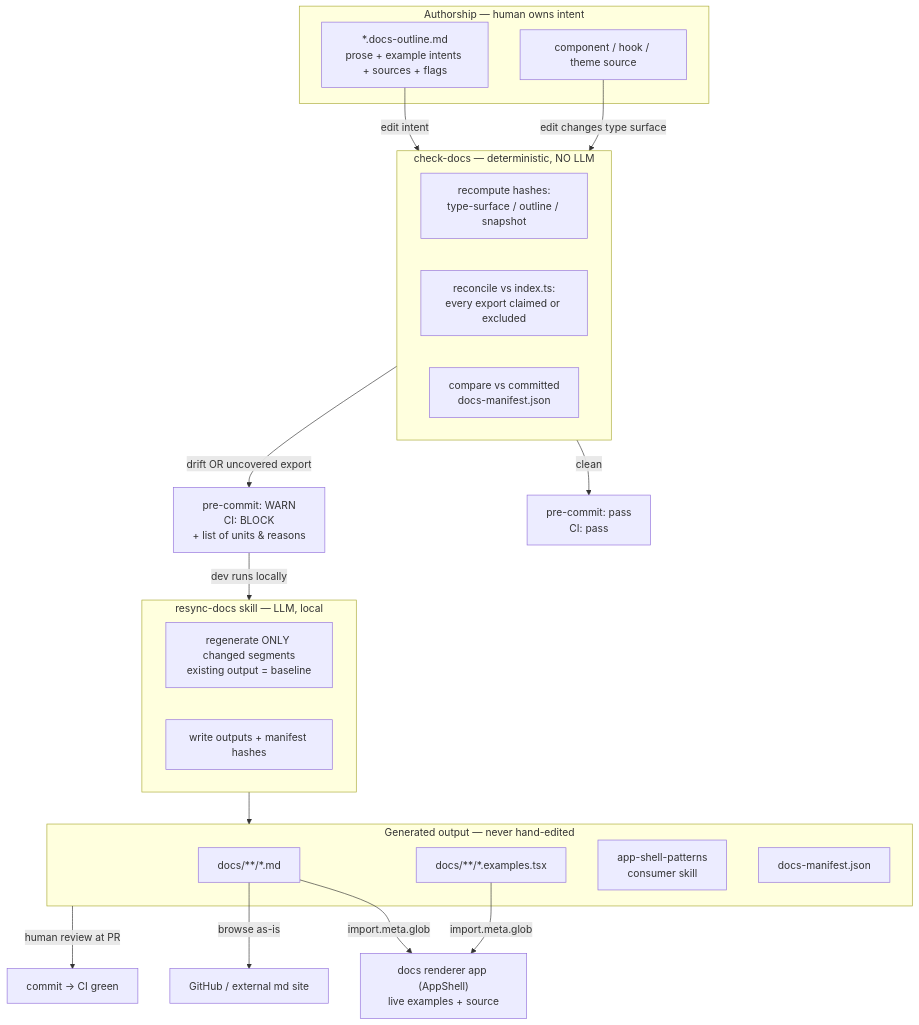
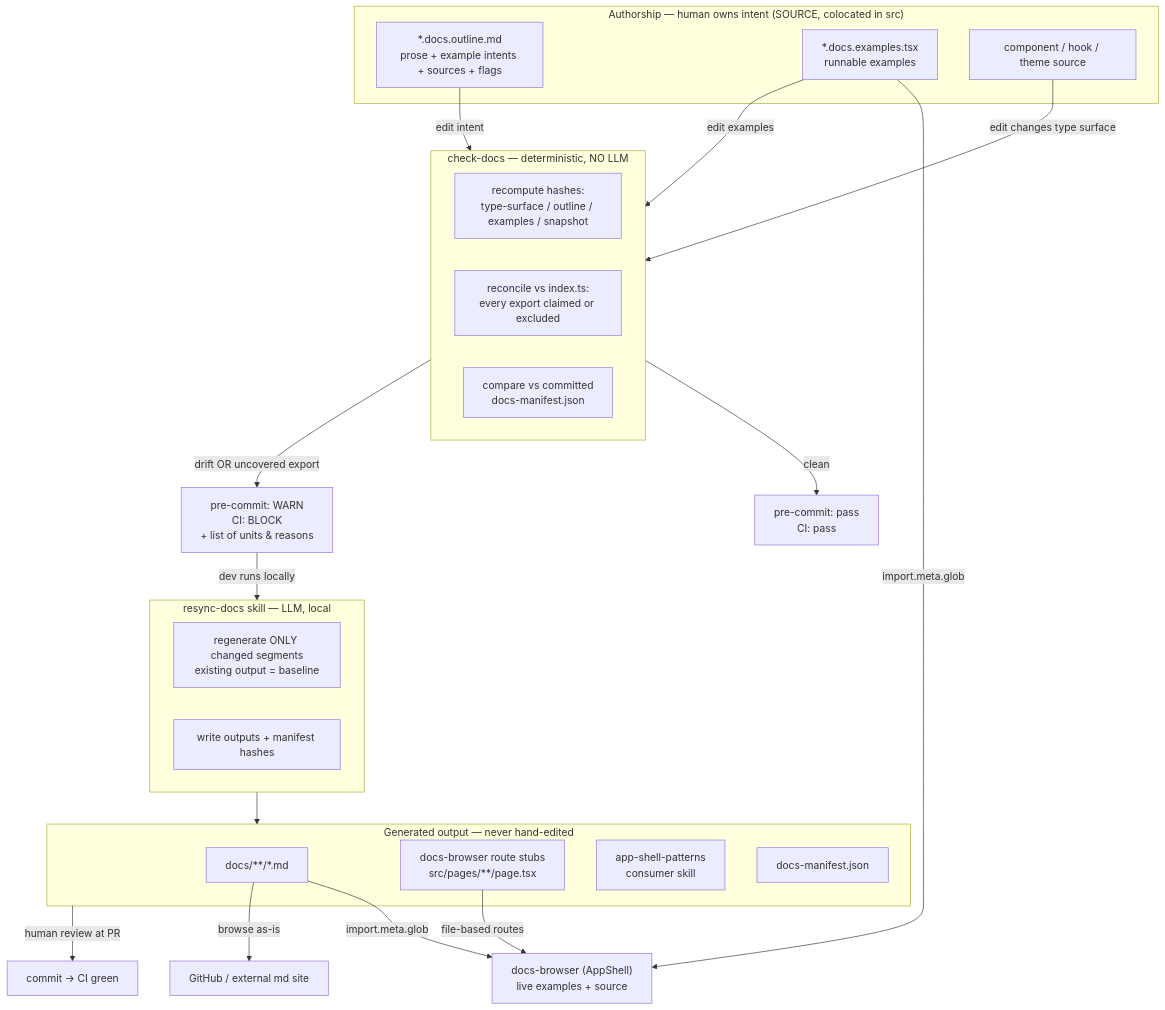
Before and after one commit to tailor-platform/app-shell: the diagram in decisions/documentation-management-overhaul.md, drawn with Mermaid. The commit also changed other lines of this file, not shown here.

First line of the commit message:
docs(decision-record): align with implemented architecture

````diff
--- a/decisions/documentation-management-overhaul.md
+++ b/decisions/documentation-management-overhaul.md
@@ -47,40 +47,43 @@
 ```mermaid
 flowchart TB
-    subgraph AUTHOR["Authorship — human owns intent"]
-        OUT["*.docs-outline.md<br/>prose + example intents + sources + flags"]
+    subgraph AUTHOR["Authorship — human owns intent (SOURCE, colocated in src)"]
+        OUT["*.docs.outline.md<br/>prose + example intents + sources + flags"]
+        EXA["*.docs.examples.tsx<br/>runnable examples"]
         SRC["component / hook / theme source"]
     end
 
     OUT -->|edit intent| GATE
+    EXA -->|edit examples| GATE
     SRC -->|edit changes type surface| GATE
 
     subgraph GATE["check-docs — deterministic, NO LLM"]
-        H["recompute hashes:<br/>type-surface / outline / snapshot"]
+        H["recompute hashes:<br/>type-surface / outline / examples / snapshot"]
         R["reconcile vs index.ts:<br/>every export claimed or excluded"]
         M["compare vs committed<br/>docs-manifest.json"]
     end
 
     GATE -->|clean| PASS["pre-commit: pass<br/>CI: pass"]
     GATE -->|drift OR uncovered export| FAIL["pre-commit: WARN<br/>CI: BLOCK<br/>+ list of units & reasons"]
 
     FAIL -->|dev runs locally| SKILL
 
     subgraph SKILL["resync-docs skill — LLM, local"]
         RG["regenerate ONLY changed segments<br/>existing output = baseline"]
         WR["write outputs + manifest hashes"]
     end
 
     SKILL --> OUTPUT
 
     subgraph OUTPUT["Generated output — never hand-edited"]
         MD["docs/**/*.md"]
-        EX["docs/**/*.examples.tsx"]
+        STUB["docs-browser route stubs<br/>src/pages/**/page.tsx"]
         PS["app-shell-patterns<br/>consumer skill"]
         MAN["docs-manifest.json"]
     end
 
     OUTPUT -->|human review at PR| COMMIT["commit → CI green"]
-    MD -->|import.meta.glob| APP["docs renderer app (AppShell)<br/>live examples + source"]
-    EX -->|import.meta.glob| APP
+    MD -->|import.meta.glob| APP["docs-browser (AppShell)<br/>live examples + source"]
+    EXA -->|import.meta.glob| APP
+    STUB -->|file-based routes| APP
     MD -->|browse as-is| GH["GitHub / external md site"]
 ```
````
